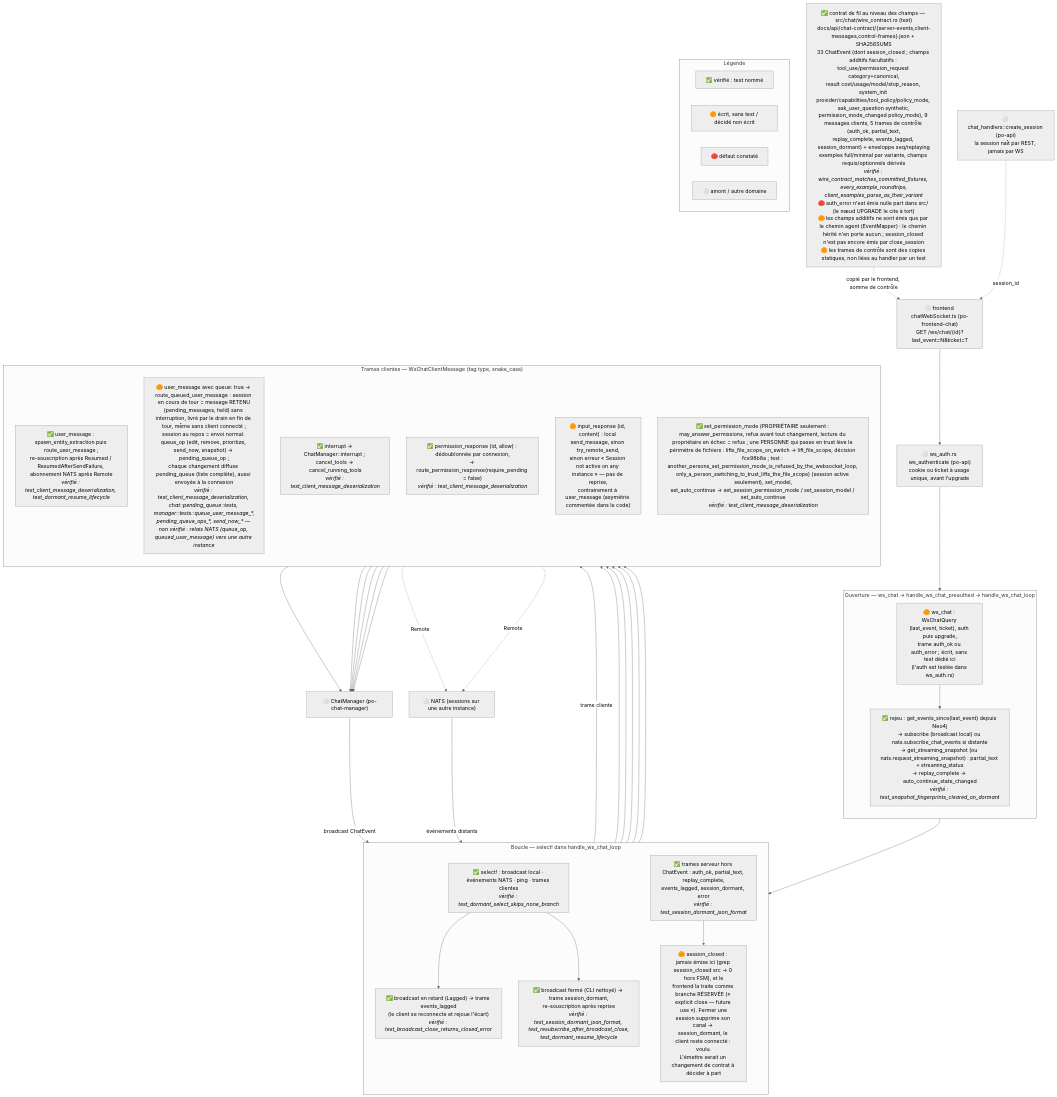
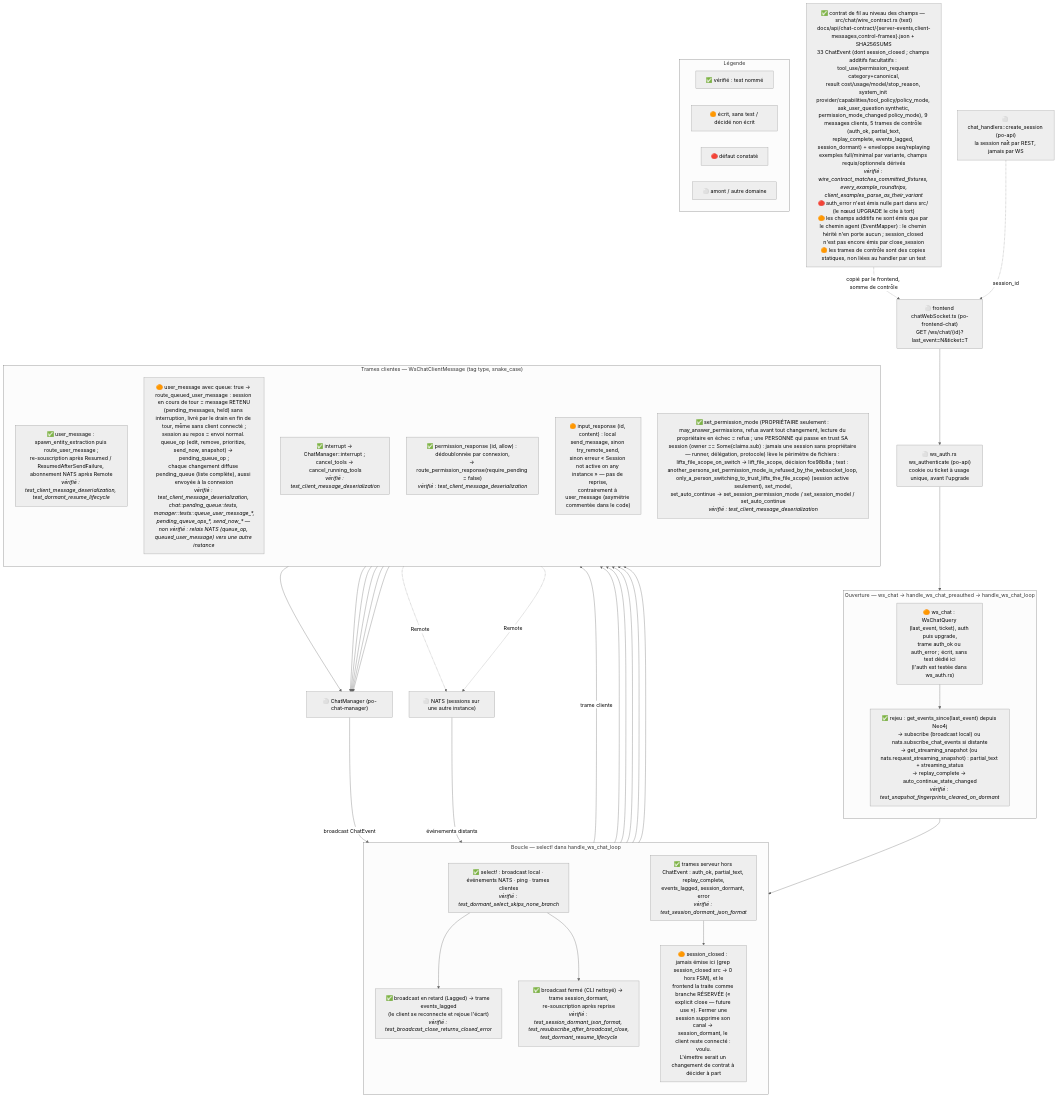
Before and after one commit to DerKodex-Repo-Curator/project-orchestrator: the diagram in docs/diagrams/po-chat-transport.mmd, drawn with Mermaid (neutral theme). The commit also changed 7 other files, not shown here.

First line of the commit message:
fix(chat): follow-up review of #729: owner-only WS lift, wider deny list, worktree roots, session temp dir

```diff
--- a/docs/diagrams/po-chat-transport.mmd
+++ b/docs/diagrams/po-chat-transport.mmd
@@ -1,95 +1,95 @@
 %% name: po-chat-transport
 %% covers: backend:src/api/{ws_chat_handler,refs_ws_tests}.rs backend:src/chat/wire_contract.rs
 %% verified: 878281ca
 %% ---
 %% PROUVE : le transport WebSocket du chat — /ws/chat/{session_id} — tel que le code
 %%   le fait au sha d42312a2 (relu le 2026-10-02) : authentification avant l'upgrade,
 %%   rejeu depuis last_event, instantané de flux, boucle select!, et le routage de
 %%   chaque trame cliente vers ChatManager.
 %% ---
 %% SOURCES LUES (backend@d42312a2) :
 %%   src/api/ws_chat_handler.rs — ws_chat, handle_ws_chat_preauthed, handle_ws_chat_loop,
 %%                                WsChatQuery, WsChatClientMessage, spawn_entity_extraction
 %%   src/api/ws_auth.rs         — ws_authenticate (po-api, non couvert ici)
 %%   src/chat/manager.rs        — get_events_since, subscribe, get_streaming_snapshot,
 %%                                get_auto_continue_state, route_user_message, route_permission_response,
 %%                                try_remote_send, is_session_active (po-chat-manager)
 %%   Commandes : grep -rn session_closed src → 0 hors src/protocol (FSM) ;
 %%               grep -n 'InputResponse' src/api/ws_chat_handler.rs → « no resume for responses »
 %% ---
 %% NON ETABLI :
 %%   le chemin NATS (session sur une autre instance) n'est pas testé contre un NATS réel ;
 %%   ws_authenticate est relu dans po-api, pas ici.
 %% ---
 %% LEGENDE
 %%   ✅ vérifié (le nœud dit par quel test)  🟠 écrit, sans test / décidé non écrit
 %%   🔴 défaut constaté (raison dans le nœud)  ⚪ amont ou autre domaine
 
 flowchart TD
     subgraph legend["Légende"]
         direction LR
         L1["✅ vérifié : test nommé"]
         L2["🟠 écrit, sans test / décidé non écrit"]
         L3["🔴 défaut constaté"]
         L4["⚪ amont / autre domaine"]
     end
 
     FRONT["⚪ frontend chatWebSocket.ts (po-frontend-chat)<br/>GET /ws/chat/{id}?last_event=N&ticket=T"]
     AUTH["⚪ ws_auth.rs ws_authenticate (po-api)<br/>cookie ou ticket à usage unique, avant l'upgrade"]
     MANAGER["⚪ ChatManager (po-chat-manager)"]
     NATS["⚪ NATS (sessions sur une autre instance)"]
     RESTCREATE["⚪ chat_handlers::create_session (po-api)<br/>la session naît par REST, jamais par WS"]
 
     subgraph open["Ouverture — ws_chat → handle_ws_chat_preauthed → handle_ws_chat_loop"]
         direction TB
         UPGRADE["🟠 ws_chat : WsChatQuery (last_event, ticket), auth puis upgrade,<br/>trame auth_ok ou auth_error ; écrit, sans test dédié ici<br/>(l'auth est testée dans ws_auth.rs)"]
         REPLAY["✅ rejeu : get_events_since(last_event) depuis Neo4j<br/>→ subscribe (broadcast local) ou nats.subscribe_chat_events si distante<br/>→ get_streaming_snapshot (ou nats.request_streaming_snapshot) : partial_text + streaming_status<br/>→ replay_complete → auto_continue_state_changed<br/><i>vérifié : test_snapshot_fingerprints_cleared_on_dormant</i>"]
         UPGRADE --> REPLAY
     end
 
     CONTRACT["✅ contrat de fil au niveau des champs — src/chat/wire_contract.rs (test)<br/>docs/api/chat-contract/{server-events,client-messages,control-frames}.json + SHA256SUMS<br/>33 ChatEvent (dont session_closed ; champs additifs facultatifs : tool_use/permission_request category+canonical,<br/>result cost/usage/model/stop_reason, system_init provider/capabilities/tool_policy/policy_mode, ask_user_question synthetic,<br/>permission_mode_changed policy_mode), 9 messages clients, 5 trames de contrôle (auth_ok, partial_text,<br/>replay_complete, events_lagged, session_dormant) + enveloppe seq/replaying<br/>exemples full/minimal par variante, champs requis/optionnels dérivés<br/><i>vérifié : wire_contract_matches_committed_fixtures, every_example_roundtrips,<br/>client_examples_parse_as_their_variant</i><br/>🔴 auth_error n'est émis nulle part dans src/ (le nœud UPGRADE le cite à tort)<br/>🟠 les champs additifs ne sont émis que par le chemin agent (EventMapper) : le chemin hérité n'en porte aucun ; session_closed n'est pas encore émis par close_session<br/>🟠 les trames de contrôle sont des copies statiques, non liées au handler par un test"]
     CONTRACT -.->|"copié par le frontend, somme de contrôle"| FRONT
 
     FRONT --> AUTH --> UPGRADE
     RESTCREATE -.->|"session_id"| FRONT
 
     subgraph loop["Boucle — select! dans handle_ws_chat_loop"]
         direction TB
         SELECT["✅ select! : broadcast local · événements NATS · ping · trames clientes<br/><i>vérifié : test_dormant_select_skips_none_branch</i>"]
         LAG["✅ broadcast en retard (Lagged) → trame events_lagged<br/>(le client se reconnecte et rejoue l'écart)<br/><i>vérifié : test_broadcast_close_returns_closed_error</i>"]
         DORMANT["✅ broadcast fermé (CLI nettoyé) → trame session_dormant,<br/>re-souscription après reprise<br/><i>vérifié : test_session_dormant_json_format, test_resubscribe_after_broadcast_close,<br/>test_dormant_resume_lifecycle</i>"]
         FRAMES["✅ trames serveur hors ChatEvent : auth_ok, partial_text, replay_complete,<br/>events_lagged, session_dormant, error<br/><i>vérifié : test_session_dormant_json_format</i>"]
         NOCLOSED["🟠 session_closed : jamais émise ici (grep session_closed src → 0 hors FSM), et le<br/>frontend la traite comme branche RÉSERVÉE (« explicit close — future use »). Fermer une<br/>session supprime son canal → session_dormant, le client reste connecté : voulu.<br/>L'émettre serait un changement de contrat à décider à part"]
         SELECT --> LAG
         SELECT --> DORMANT
         FRAMES --> NOCLOSED
     end
 
     REPLAY --> SELECT
     MANAGER -->|"broadcast ChatEvent"| SELECT
     NATS -->|"événements distants"| SELECT
 
     subgraph client["Trames clientes — WsChatClientMessage (tag type, snake_case)"]
         direction TB
         USERMSG["✅ user_message : spawn_entity_extraction puis route_user_message ;<br/>re-souscription après Resumed / ResumedAfterSendFailure, abonnement NATS après Remote<br/><i>vérifié : test_client_message_deserialization, test_dormant_resume_lifecycle</i>"]
         QUEUED["🟠 user_message avec queue: true → route_queued_user_message : session en cours de tour = message RETENU<br/>(pending_messages, held) sans interruption, livré par le drain en fin de tour, même sans client connecté ;<br/>session au repos = envoi normal. queue_op (edit, remove, prioritize, send_now, snapshot) → pending_queue_op ;<br/>chaque changement diffuse pending_queue (liste complète), aussi envoyée à la connexion<br/><i>vérifié : test_client_message_deserialization, chat::pending_queue::tests, manager::tests::queue_user_message_*,<br/>pending_queue_ops_*, send_now_* — non vérifié : relais NATS (queue_op, queued_user_message) vers une autre instance</i>"]
         INTERRUPT["✅ interrupt → ChatManager::interrupt ; cancel_tools → cancel_running_tools<br/><i>vérifié : test_client_message_deserialization</i>"]
         PERMRESP["✅ permission_response (id, allow) : dédoublonnée par connexion,<br/>→ route_permission_response(require_pending = false)<br/><i>vérifié : test_client_message_deserialization</i>"]
         INPUTRESP["🟠 input_response (id, content) : local send_message, sinon try_remote_send,<br/>sinon erreur « Session not active on any instance » — pas de reprise,<br/>contrairement à user_message (asymétrie commentée dans le code)"]
-        SETTINGS["✅ set_permission_mode (PROPRIÉTAIRE seulement : may_answer_permissions, refus avant tout changement, lecture du propriétaire en échec = refus ; une PERSONNE qui passe en trust lève le périmètre de fichiers : lifts_file_scope_on_switch → lift_file_scope, décision fce98b8a ; test : another_persons_set_permission_mode_is_refused_by_the_websocket_loop, only_a_person_switching_to_trust_lifts_the_file_scope) (session active seulement), set_model,<br/>set_auto_continue → set_session_permission_mode / set_session_model / set_auto_continue<br/><i>vérifié : test_client_message_deserialization</i>"]
+        SETTINGS["✅ set_permission_mode (PROPRIÉTAIRE seulement : may_answer_permissions, refus avant tout changement, lecture du propriétaire en échec = refus ; une PERSONNE qui passe en trust SA session (owner == Some(claims.sub) : jamais une session sans propriétaire — runner, délégation, protocole) lève le périmètre de fichiers : lifts_file_scope_on_switch → lift_file_scope, décision fce98b8a ; test : another_persons_set_permission_mode_is_refused_by_the_websocket_loop, only_a_person_switching_to_trust_lifts_the_file_scope) (session active seulement), set_model,<br/>set_auto_continue → set_session_permission_mode / set_session_model / set_auto_continue<br/><i>vérifié : test_client_message_deserialization</i>"]
     end
 
     SELECT -->|"trame cliente"| USERMSG
     SELECT --> QUEUED
     SELECT --> INTERRUPT
     SELECT --> PERMRESP
     SELECT --> INPUTRESP
     SELECT --> SETTINGS
     USERMSG --> MANAGER
     QUEUED --> MANAGER
     INTERRUPT --> MANAGER
     PERMRESP --> MANAGER
     INPUTRESP --> MANAGER
     SETTINGS --> MANAGER
     USERMSG -.->|"Remote"| NATS
     PERMRESP -.->|"Remote"| NATS
```
